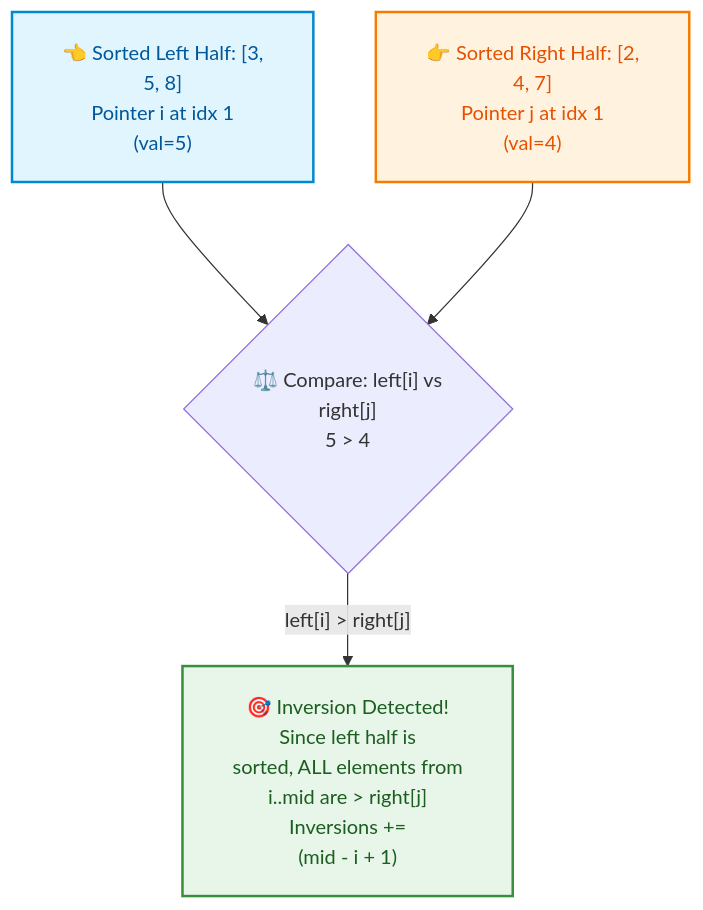
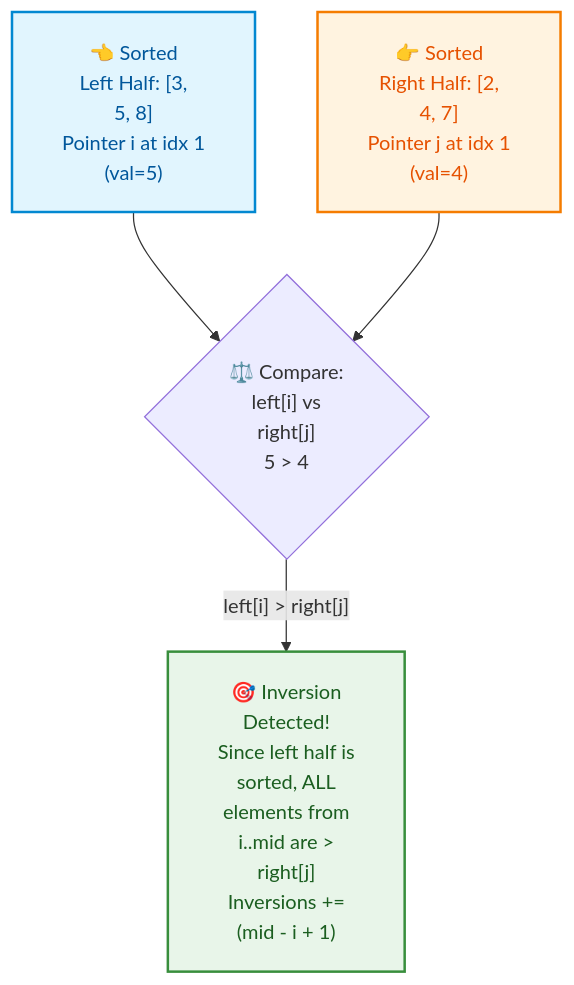
The fifth of 6 diagrams in week_04_core_problem_solving_patterns_i/Week_04_Visual_Concepts_Playbook_HYBRID.md (dip4k/DSA_102), drawn with Mermaid before and after one commit. The commit also changed other lines of this file and 106 other files, not shown here.

First line of the commit message:
fix(mermaid): prevent text clipping with foreignObject overflow and tighter line wrapping

````diff
--- a/week_04_core_problem_solving_patterns_i/Week_04_Visual_Concepts_Playbook_HYBRID.md
+++ b/week_04_core_problem_solving_patterns_i/Week_04_Visual_Concepts_Playbook_HYBRID.md
@@ -527,13 +527,13 @@
 ```mermaid
-%%{init: {"flowchart": {"htmlLabels": true, "padding": 20}}}%%
+%%{init: {"flowchart": {"htmlLabels": true, "padding": 20}, "themeCSS": "foreignObject { overflow: visible !important; }"}}%%
 flowchart TD
     classDef left fill:#e1f5fe,stroke:#0288d1,color:#01579b,stroke-width:2px;
     classDef right fill:#fff3e0,stroke:#f57c00,color:#e65100,stroke-width:2px;
     classDef count fill:#e8f5e9,stroke:#388e3c,color:#1b5e20,stroke-width:2px;
 
-    L["👈 Sorted Left Half: [3,<br/>5, 8]<br/>Pointer i at idx 1<br/>(val=5)"]:::left
-    R["👉 Sorted Right Half: [2,<br/>4, 7]<br/>Pointer j at idx 1<br/>(val=4)"]:::right
-    Comp{"⚖️ Compare: left[i] vs<br/>right[j]<br/>5 > 4"}
+    L["👈 Sorted<br/>Left Half: [3,<br/>5, 8]<br/>Pointer i at idx 1<br/>(val=5)"]:::left
+    R["👉 Sorted<br/>Right Half: [2,<br/>4, 7]<br/>Pointer j at idx 1<br/>(val=4)"]:::right
+    Comp{"⚖️ Compare:<br/>left[i] vs<br/>right[j]<br/>5 > 4"}
     L & R --> Comp
-    Comp -->|"left[i] > right[j]"| Inv["🎯 Inversion Detected!<br/>Since left half is<br/>sorted, ALL elements from<br/>i..mid are > right[j]<br/>Inversions +=<br/>(mid - i + 1)"]:::count
+    Comp -->|"left[i] > right[j]"| Inv["🎯 Inversion<br/>Detected!<br/>Since left half is<br/>sorted, ALL<br/>elements from<br/>i..mid are ><br/>right[j]<br/>Inversions +=<br/>(mid - i + 1)"]:::count
 ```
````
